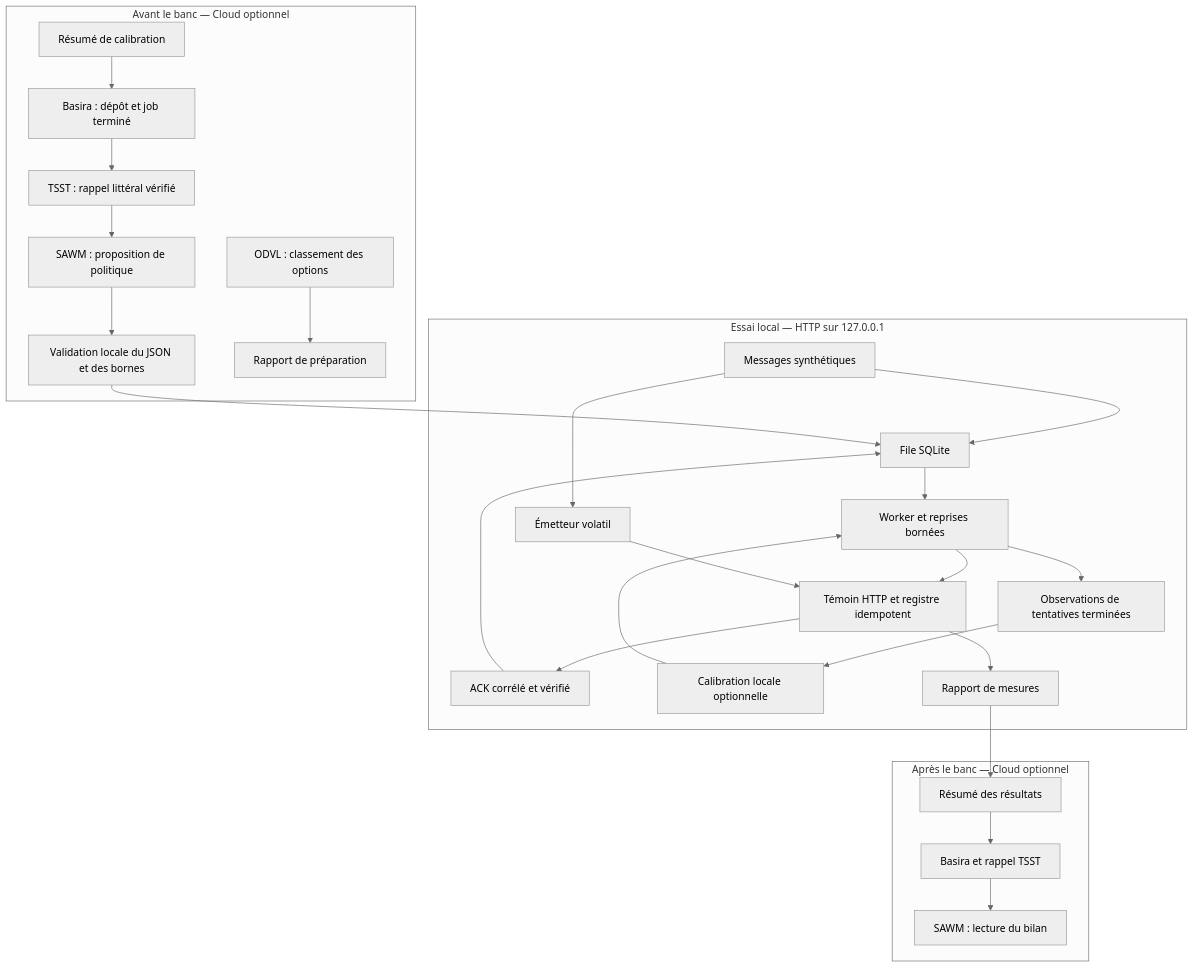
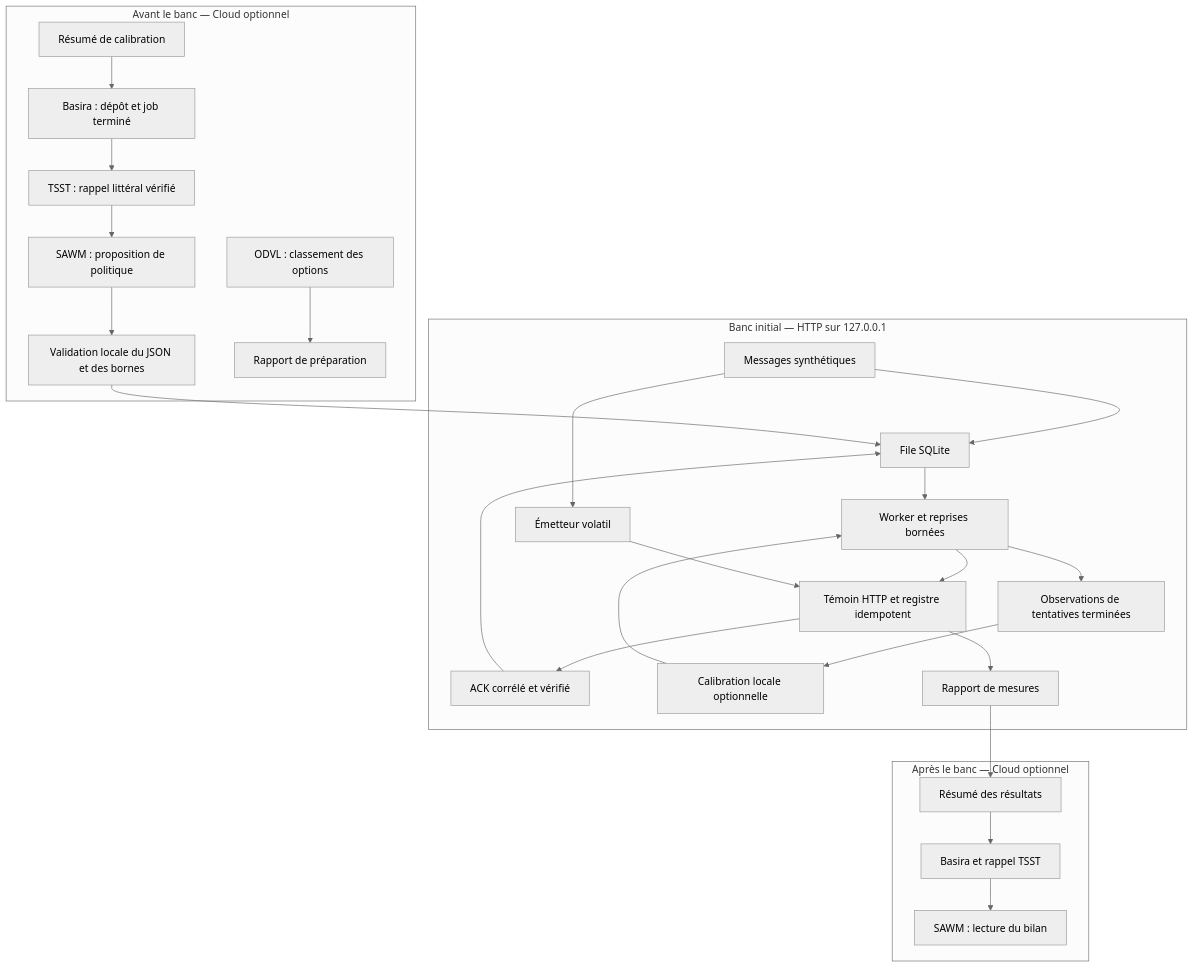
Before and after one commit to SAWM-io/sawm-anti-brouillage: the diagram in README.md, drawn with Mermaid (neutral theme). The commit also changed other lines of this file and 96 other files, not shown here.

````diff
--- a/README.md
+++ b/README.md
@@ -91,29 +132,29 @@
 ```mermaid
 flowchart TB
     subgraph Before[Avant le banc — Cloud optionnel]
         C[Résumé de calibration] --> B[Basira : dépôt et job terminé]
         B --> T[TSST : rappel littéral vérifié]
         T --> S[SAWM : proposition de politique]
         S --> V[Validation locale du JSON et des bornes]
         O[ODVL : classement des options] --> R[Rapport de préparation]
     end
-    subgraph Local[Essai local — HTTP sur 127.0.0.1]
+    subgraph Local[Banc initial — HTTP sur 127.0.0.1]
         M[Messages synthétiques] --> Q[File SQLite]
         Q --> W[Worker et reprises bornées]
         W --> H[Témoin HTTP et registre idempotent]
         H --> A[ACK corrélé et vérifié]
         A --> Q
         W --> F[Observations de tentatives terminées]
         F --> L[Calibration locale optionnelle]
         L --> W
         M --> E[Émetteur volatil]
         E --> H
         H --> J[Rapport de mesures]
     end
     V --> Q
     subgraph After[Après le banc — Cloud optionnel]
         J --> U[Résumé des résultats]
         U --> BT[Basira et rappel TSST]
         BT --> SR[SAWM : lecture du bilan]
     end
 ```
````
